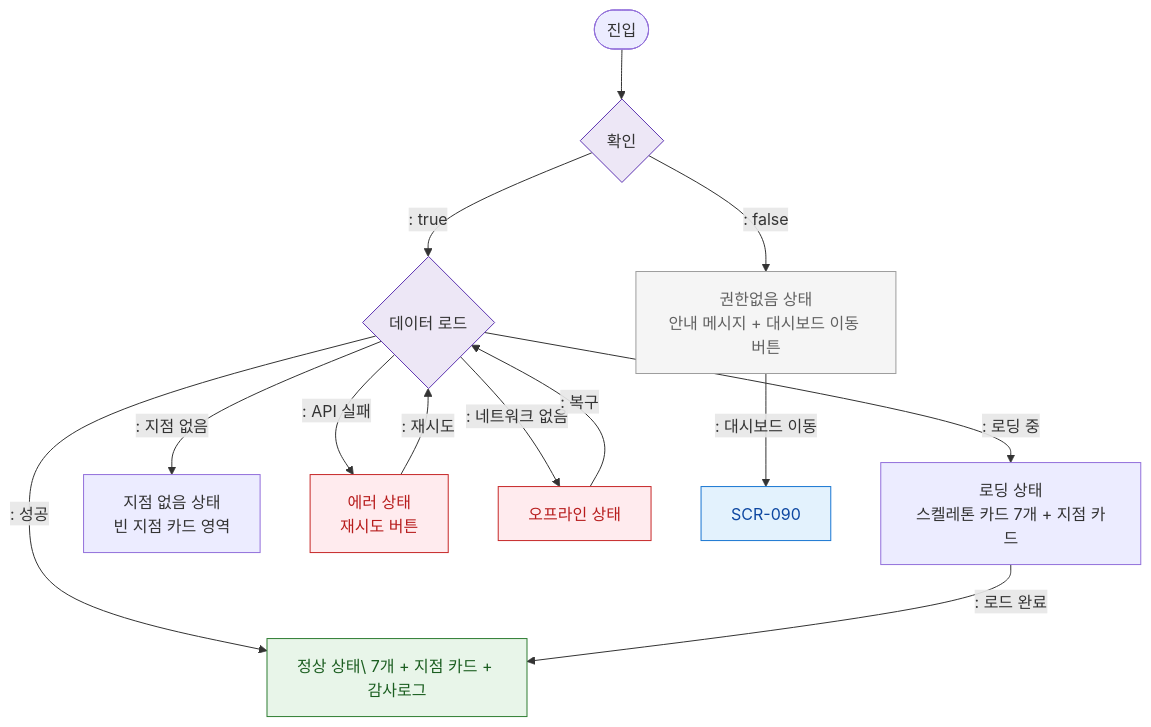
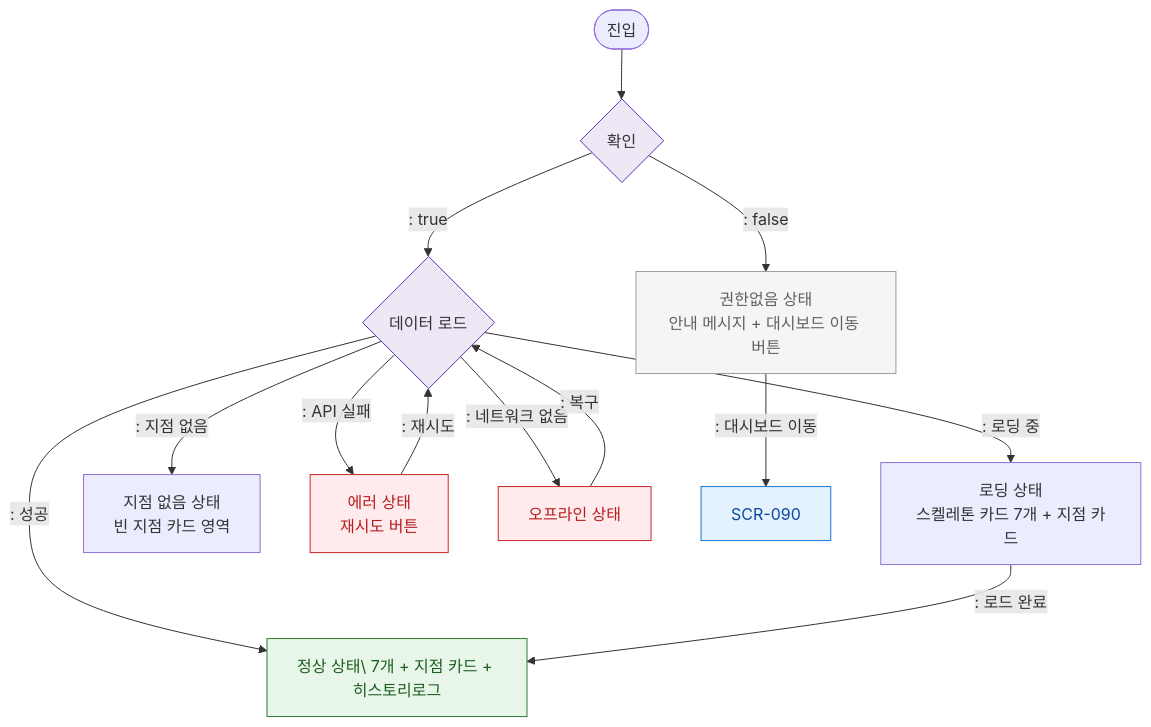
The diagram in docs/admin/다이어그램/D10_본사관리/SCR-091_슈퍼대시보드/F6_상태별.md (dev-spogym/admin-pando), drawn with Mermaid before and after one commit. The commit also changed 442 other files, not shown here.

````diff
--- a/docs/admin/다이어그램/D10_본사관리/SCR-091_슈퍼대시보드/F6_상태별.md
+++ b/docs/admin/다이어그램/D10_본사관리/SCR-091_슈퍼대시보드/F6_상태별.md
@@ -12,30 +12,30 @@
 ```mermaid
 flowchart TD
   Entry([진입]) --> SuperCheck{확인}
 
   SuperCheck -->|": false"|BlockedState[권한없음 상태\n안내 메시지 + 대시보드 이동 버튼]
   SuperCheck -->|": true"|LoadState{데이터 로드}
 
   LoadState -->|": 로딩 중"|Loading[로딩 상태\n스켈레톤 카드 7개 + 지점 카드]
-  LoadState -->|": 성공"|Normal[정상 상태\ 7개 + 지점 카드 + 감사로그]
+  LoadState -->|": 성공"|Normal[정상 상태\ 7개 + 지점 카드 + 히스토리로그]
   LoadState -->|": 지점 없음"|EmptyBranch[지점 없음 상태\n빈 지점 카드 영역]
   LoadState -->|": API 실패"|Error[에러 상태\n재시도 버튼]
   LoadState -->|": 네트워크 없음"|Offline[오프라인 상태]
 
   BlockedState -->|": 대시보드 이동"|SCR_090[SCR-090]
   Loading -->|": 로드 완료"|Normal
   Error -->|": 재시도"|LoadState
   Offline -->|": 복구"|LoadState
 
   classDef screen fill:#E3F2FD,stroke:#1976D2,color:#0D47A1
   classDef system fill:#EDE7F6,stroke:#5E35B2
   classDef error fill:#FFEBEE,stroke:#C62828,color:#B71C1C
   classDef rbacBlocked fill:#F5F5F5,stroke:#9E9E9E,color:#616161
   classDef success fill:#E8F5E9,stroke:#2E7D32,color:#1B5E20
 
   class SCR_090 screen
   class LoadState,SuperCheck system
   class Error,Offline error
   class BlockedState rbacBlocked
   class Normal success
 ```
````
